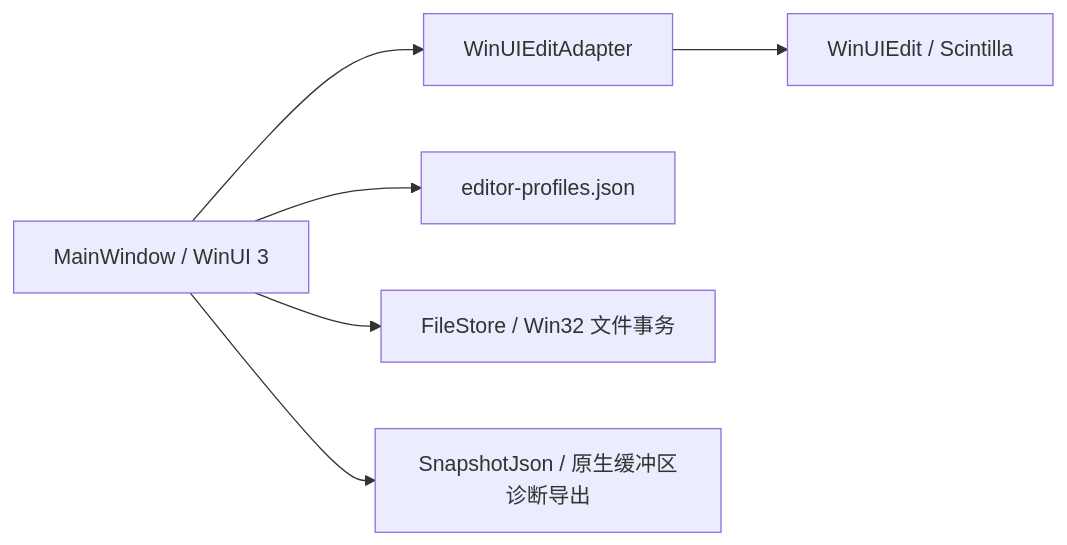
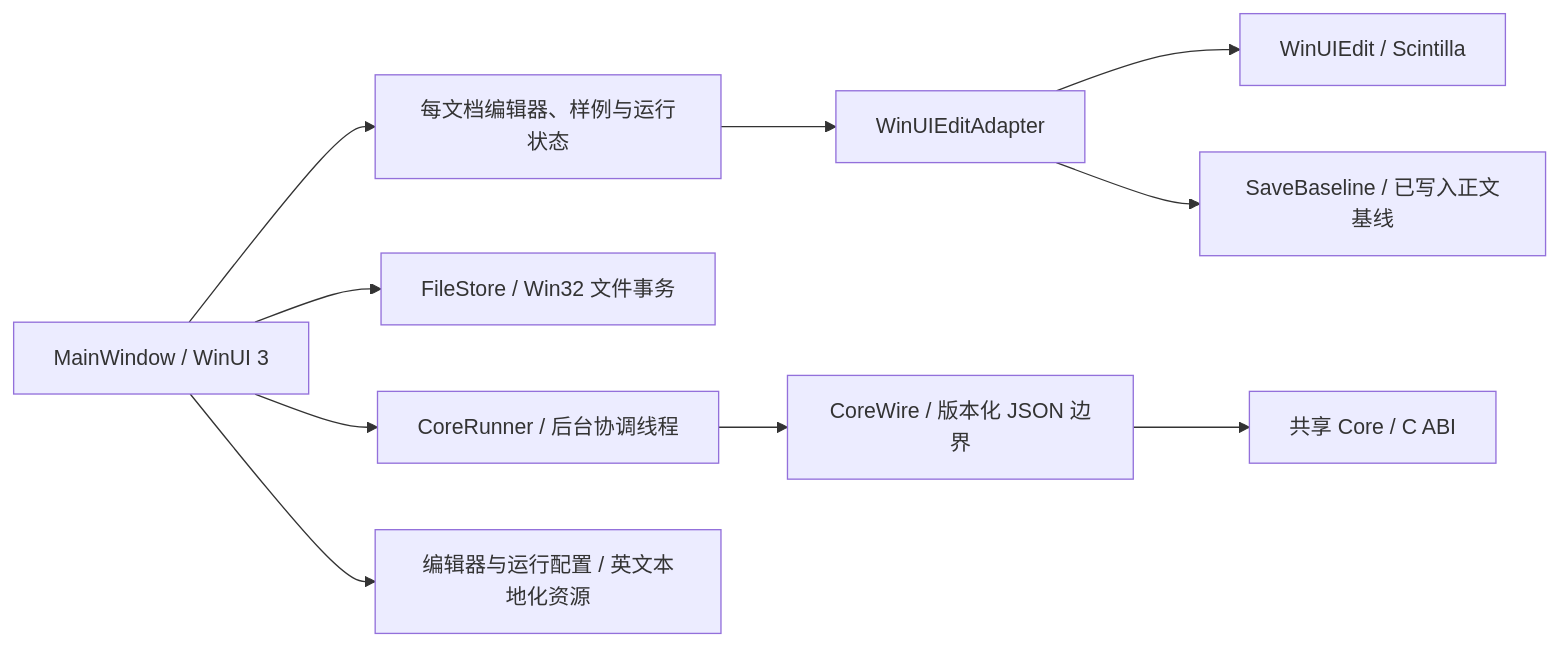
Before and after one commit to A-BenLi06/CPeditor-Native: the diagram in apps/windows/README.md, drawn with Mermaid. The commit also changed other lines of this file and 31 other files, not shown here.

````diff
--- a/apps/windows/README.md
+++ b/apps/windows/README.md
@@ -9,8 +9,12 @@
 ```mermaid
 flowchart LR
-    Window[MainWindow / WinUI 3] --> Adapter[WinUIEditAdapter]
+    Window[MainWindow / WinUI 3] --> Document[每文档编辑器、样例与运行状态]
+    Document --> Adapter[WinUIEditAdapter]
     Adapter --> Control[WinUIEdit / Scintilla]
-    Window --> Profiles[editor-profiles.json]
+    Adapter --> Baseline[SaveBaseline / 已写入正文基线]
     Window --> Files[FileStore / Win32 文件事务]
-    Window --> Snapshot[SnapshotJson / 原生缓冲区诊断导出]
+    Window --> Runner[CoreRunner / 后台协调线程]
+    Runner --> Wire[CoreWire / 版本化 JSON 边界]
+    Wire --> ABI[共享 Core / C ABI]
+    Window --> Config[编辑器与运行配置 / 英文本地化资源]
 ```
````
